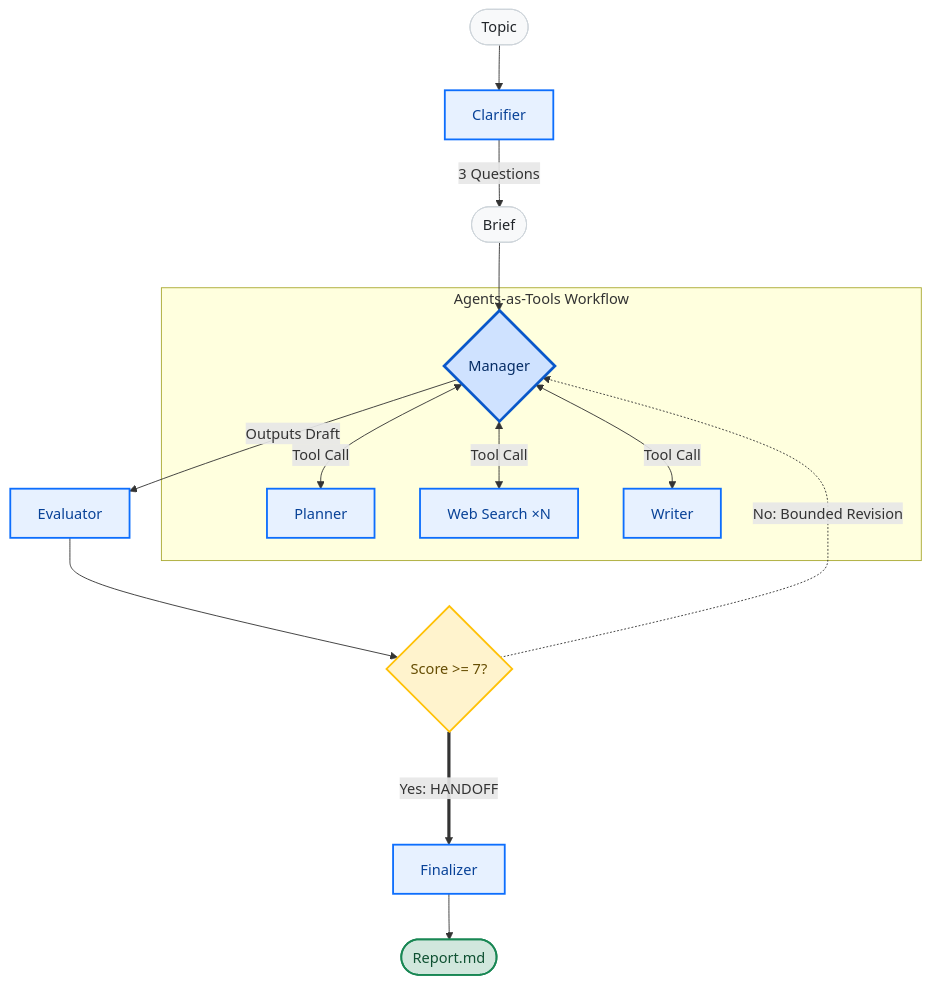
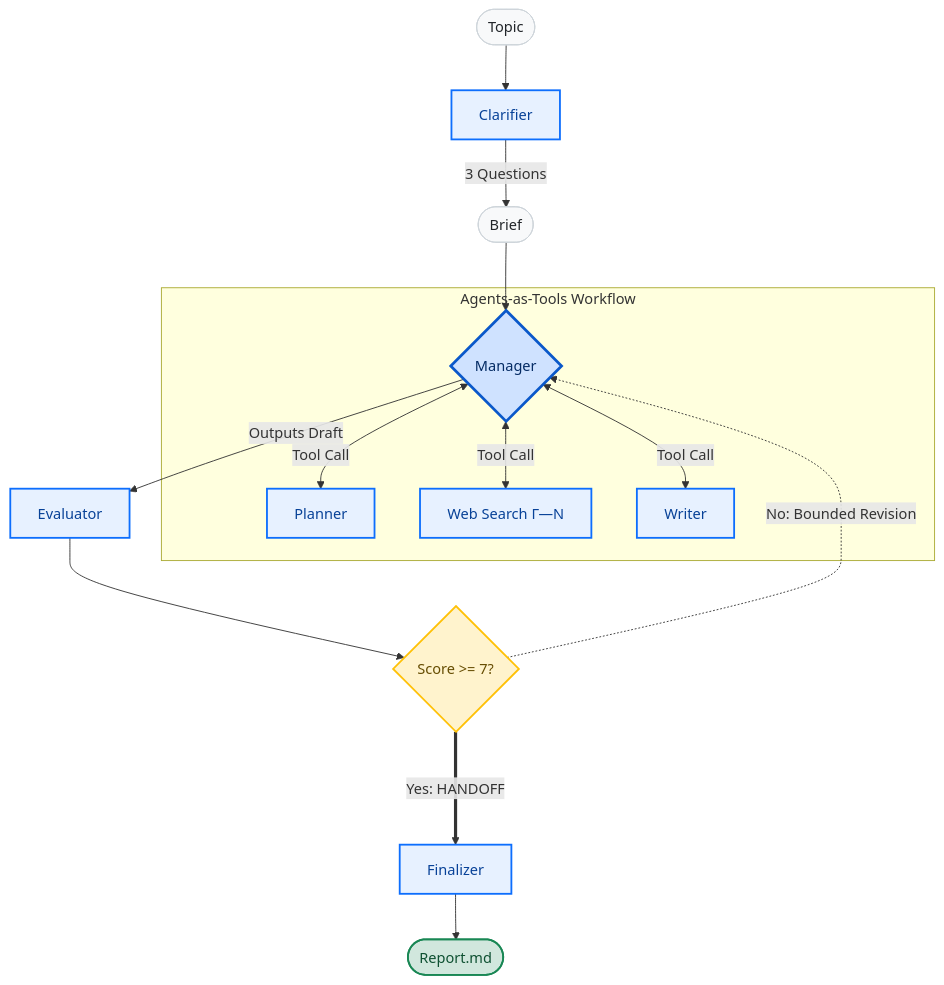
Before and after one commit to omotsart/multiagency-deep-research: the diagram in README.md, drawn with Mermaid. The commit also changed other lines of this file, not shown here.

````diff
--- a/README.md
+++ b/README.md
@@ -33,39 +43,39 @@
 ```mermaid
 flowchart TD
     %% Styling Classes
     classDef data fill:#f8f9fa,stroke:#ced4da,stroke-width:1px,color:#212529
     classDef worker fill:#e7f1ff,stroke:#0d6efd,stroke-width:2px,color:#084298
     classDef orchestrator fill:#cfe2ff,stroke:#0a58ca,stroke-width:3px,color:#052c65
     classDef eval fill:#fff3cd,stroke:#ffc107,stroke-width:2px,color:#664d03
     classDef finish fill:#d1e7dd,stroke:#198754,stroke-width:2px,color:#0f5132
     
     %% Flow
     Input([Topic]) --> Clarifier[Clarifier]
     Clarifier -->|3 Questions| Brief([Brief])
     Brief --> Manager{Manager}
     
     subgraph workflow_loop [Agents-as-Tools Workflow]
         Manager
         Planner[Planner]
-        Search[Web Search ×N]
+        Search[Web Search Г—N]
         Writer[Writer]
         
         Manager <-->|Tool Call| Planner
         Manager <-->|Tool Call| Search
         Manager <-->|Tool Call| Writer
     end
     
     Manager -->|Outputs Draft| Evaluator[Evaluator]
     Evaluator --> Quality{Score >= 7?}
     Quality -.->|No: Bounded Revision| Manager
     
     Quality ===>|Yes: HANDOFF| Finalizer[Finalizer]
     Finalizer --> Output([Report.md])
 
     %% Class Assignments
     class Input,Brief data
     class Clarifier,Planner,Search,Writer,Evaluator,Finalizer worker
     class Manager orchestrator
     class Quality eval
     class Output finish
 ```
````
